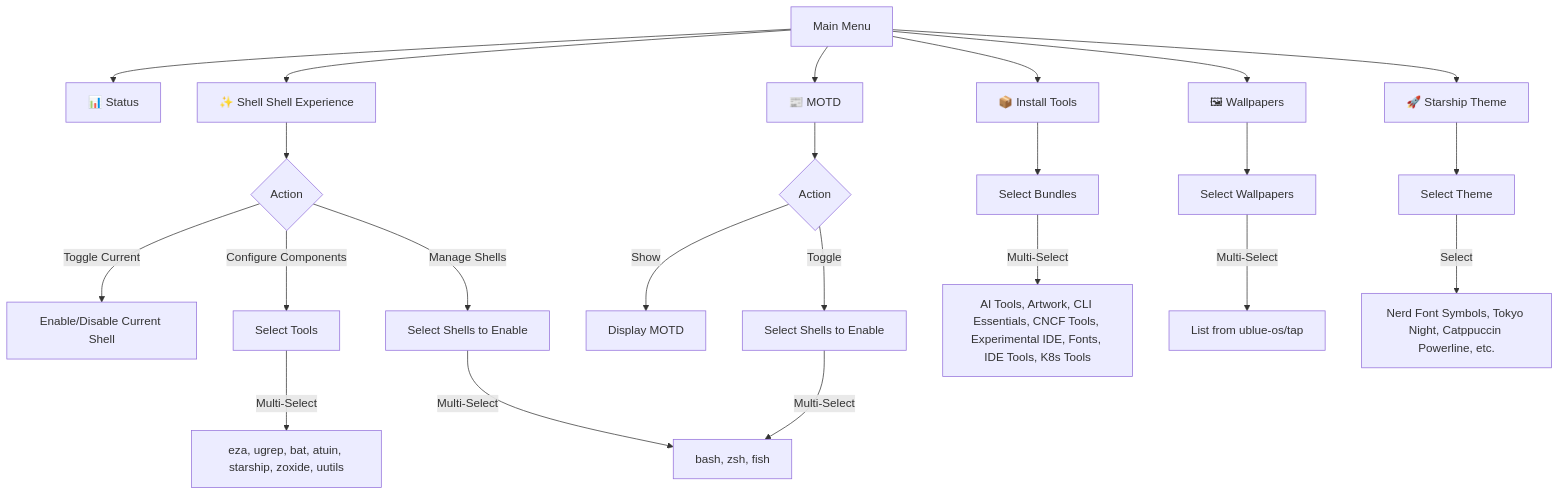
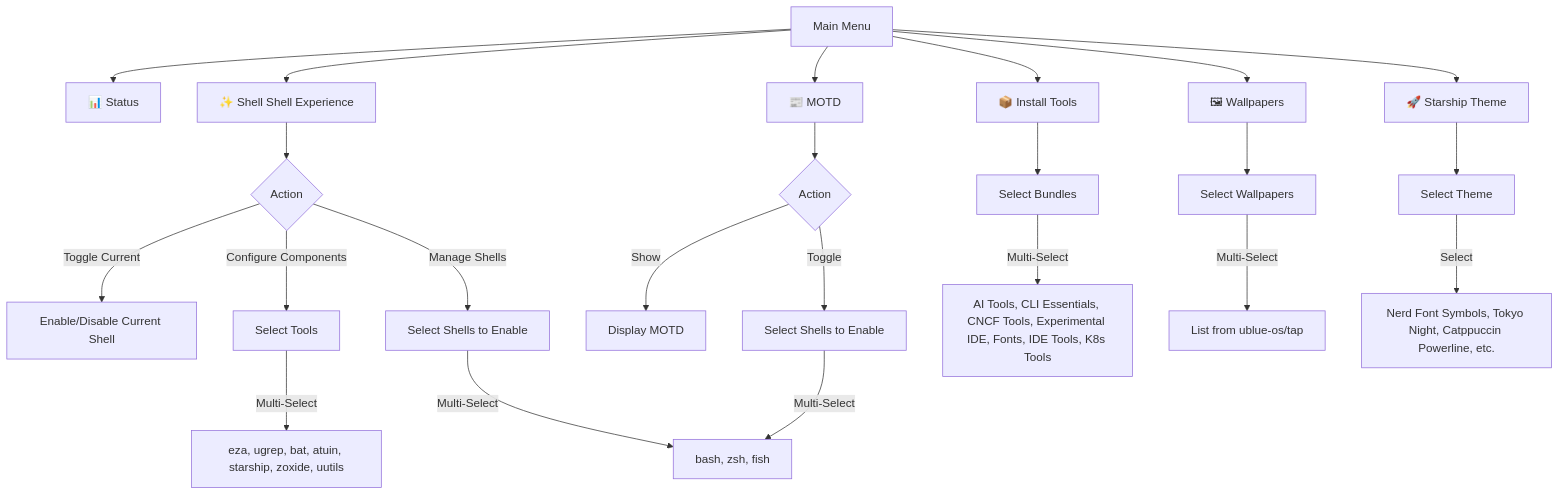
The diagram in docs/menus.md (hanthor/bluefin-cli), drawn with Mermaid before and after one commit. The commit also changed 5 other files, not shown here.

````diff
--- a/docs/menus.md
+++ b/docs/menus.md
@@ -5,32 +5,32 @@
 ```mermaid
 graph TD
     Main[Main Menu] --> Status[📊 Status]
     Main --> Shell[✨ Shell Shell Experience]
     Main --> MOTD[📰 MOTD]
     Main --> Bundles[📦 Install Tools]
     Main --> Wallpapers[🖼  Wallpapers]
     Main --> Starship[🚀 Starship Theme]
 
     Shell --> ShellAction{Action}
     ShellAction -->|Toggle Current| ShellToggle[Enable/Disable Current Shell]
     ShellAction -->|Configure Components| ShellComps[Select Tools]
     ShellAction -->|Manage Shells| ShellShells[Select Shells to Enable]
 
     ShellComps --> |Multi-Select| ShellToolsList[eza, ugrep, bat, atuin, starship, zoxide, uutils]
     ShellShells --> |Multi-Select| ShellsList[bash, zsh, fish]
 
     MOTD --> MOTDAction{Action}
     MOTDAction -->|Show| MOTDShow[Display MOTD]
     MOTDAction -->|Toggle| MOTDToggle[Select Shells to Enable]
 
     MOTDToggle --> |Multi-Select| ShellsList
 
     Bundles --> BundlesList[Select Bundles]
-    BundlesList --> |Multi-Select| BundlesOptions[AI Tools, Artwork, CLI Essentials, CNCF Tools, Experimental IDE, Fonts, IDE Tools, K8s Tools]
+    BundlesList --> |Multi-Select| BundlesOptions[AI Tools, CLI Essentials, CNCF Tools, Experimental IDE, Fonts, IDE Tools, K8s Tools]
 
     Wallpapers --> WallpapersList[Select Wallpapers]
     WallpapersList --> |Multi-Select| WallpaperCasks[List from ublue-os/tap]
 
     Starship --> StarshipThemes[Select Theme]
     StarshipThemes --> |Select| ThemeOptions[Nerd Font Symbols, Tokyo Night, Catppuccin Powerline, etc.]
 ```
````
